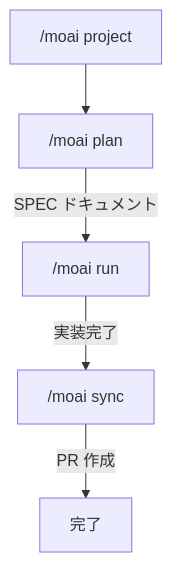
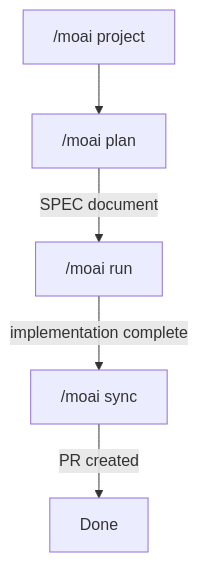
One commit to modu-ai/moai-adk changed the second of 5 diagrams in README.ja.md. Above: the diagram before and after it, drawn with Mermaid. The commit also changed other lines of this file and 3 other files, not shown here.

````diff
--- a/README.ja.md
+++ b/README.ja.md
@@ -143,7 +250,7 @@
 ```mermaid
 flowchart TD
     A["/moai project"] --> B["/moai plan"]
-    B -->|"SPEC ドキュメント"| C["/moai run"]
-    C -->|"実装完了"| D["/moai sync"]
-    D -->|"PR 作成"| E["完了"]
+    B -->|"SPEC document"| C["/moai run"]
+    C -->|"implementation complete"| D["/moai sync"]
+    D -->|"PR created"| E["Done"]
 ```
````
